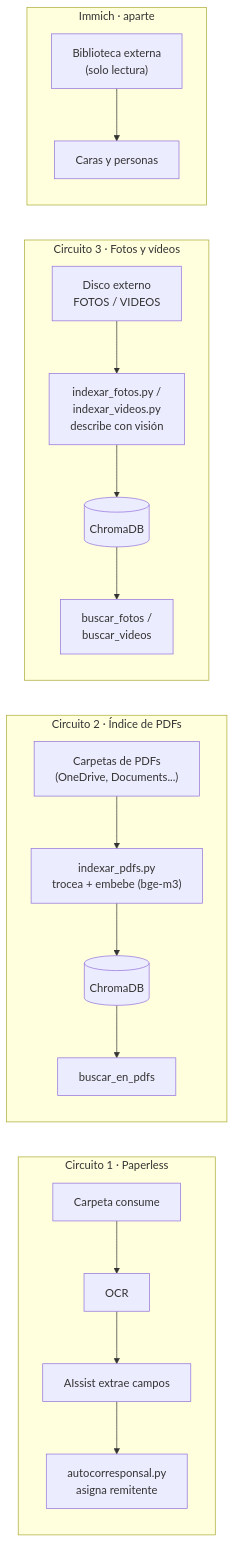
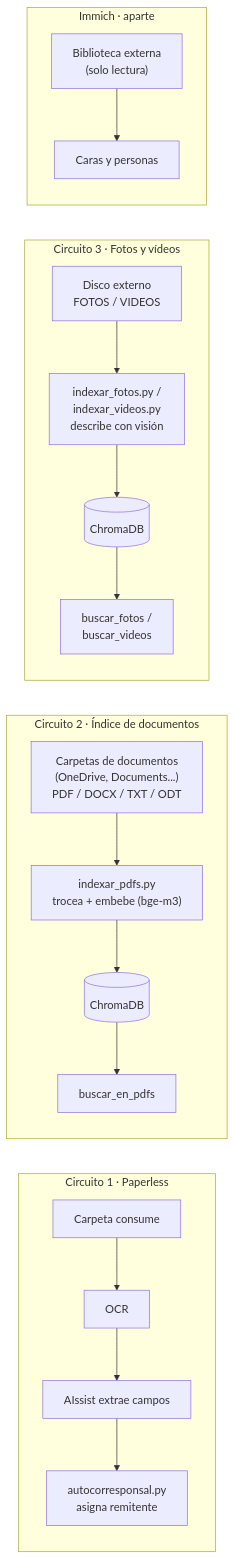
The diagram in README.md (fwinchi/ia-local-casa), drawn with Mermaid before and after one commit. The commit also changed other lines of this file and 1 other file, not shown here.

First line of the commit message:
Soporte de DOCX, TXT y ODT en indexar_pdfs.py

````diff
--- a/README.md
+++ b/README.md
@@ -41,20 +41,20 @@
 ```mermaid
 flowchart LR
     subgraph C1["Circuito 1 · Paperless"]
         A1["Carpeta consume"] --> A2["OCR"] --> A3["AIssist extrae campos"] --> A4["autocorresponsal.py<br>asigna remitente"]
     end
 
-    subgraph C2["Circuito 2 · Índice de PDFs"]
-        B1["Carpetas de PDFs<br>(OneDrive, Documents...)"] --> B2["indexar_pdfs.py<br>trocea + embebe (bge-m3)"] --> B3[(ChromaDB)]
+    subgraph C2["Circuito 2 · Índice de documentos"]
+        B1["Carpetas de documentos<br>(OneDrive, Documents...)<br>PDF / DOCX / TXT / ODT"] --> B2["indexar_pdfs.py<br>trocea + embebe (bge-m3)"] --> B3[(ChromaDB)]
         B3 --> B4["buscar_en_pdfs"]
     end
 
     subgraph C3["Circuito 3 · Fotos y vídeos"]
         D1["Disco externo<br>FOTOS / VIDEOS"] --> D2["indexar_fotos.py /<br>indexar_videos.py<br>describe con visión"] --> D3[(ChromaDB)]
         D3 --> D4["buscar_fotos /<br>buscar_videos"]
     end
 
     subgraph C4["Immich · aparte"]
         E1["Biblioteca externa<br>(solo lectura)"] --> E2["Caras y personas"]
     end
 ```
````
